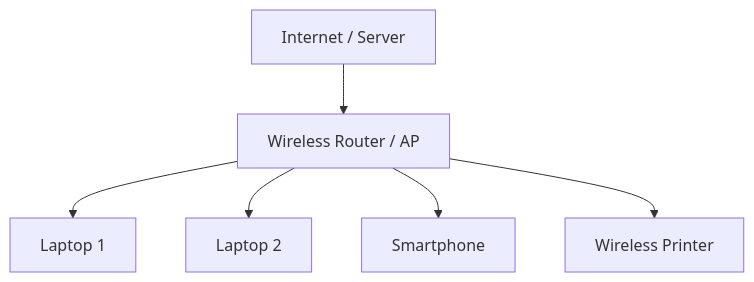
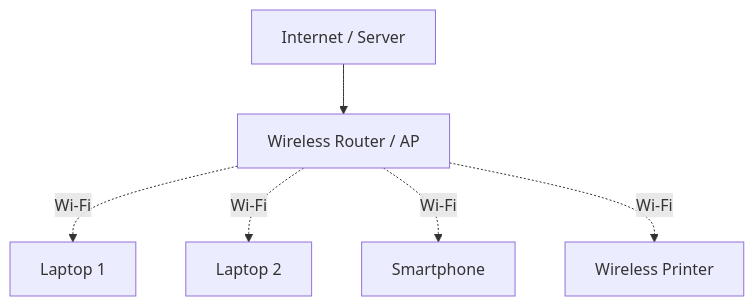
One commit to tahirmehdi001-cyberexpert/Networking-Cybersecurity-Portfolio changed the second of 2 diagrams in 01-Networking-Fundamentals/01-Networking-Basics/02-Types-of-Networks/03-Wireless-Local-Area-Network-WLAN.md. Above: the diagram before and after it, drawn with Mermaid. The commit also changed other lines of this file and 1 other file, not shown here.

````diff
--- a/01-Networking-Fundamentals/01-Networking-Basics/02-Types-of-Networks/03-Wireless-Local-Area-Network-WLAN.md
+++ b/01-Networking-Fundamentals/01-Networking-Basics/02-Types-of-Networks/03-Wireless-Local-Area-Network-WLAN.md
@@ -573,8 +565,8 @@
 ```mermaid
 flowchart TD
     A[Internet / Server] --> B[Wireless Router / AP]
-    B --> C[Laptop 1]
-    B --> D[Laptop 2]
-    B --> E[Smartphone]
-    B --> F[Wireless Printer]
+    B -. Wi-Fi .-> C[Laptop 1]
+    B -. Wi-Fi .-> D[Laptop 2]
+    B -. Wi-Fi .-> E[Smartphone]
+    B -. Wi-Fi .-> F[Wireless Printer]
 ```
````
